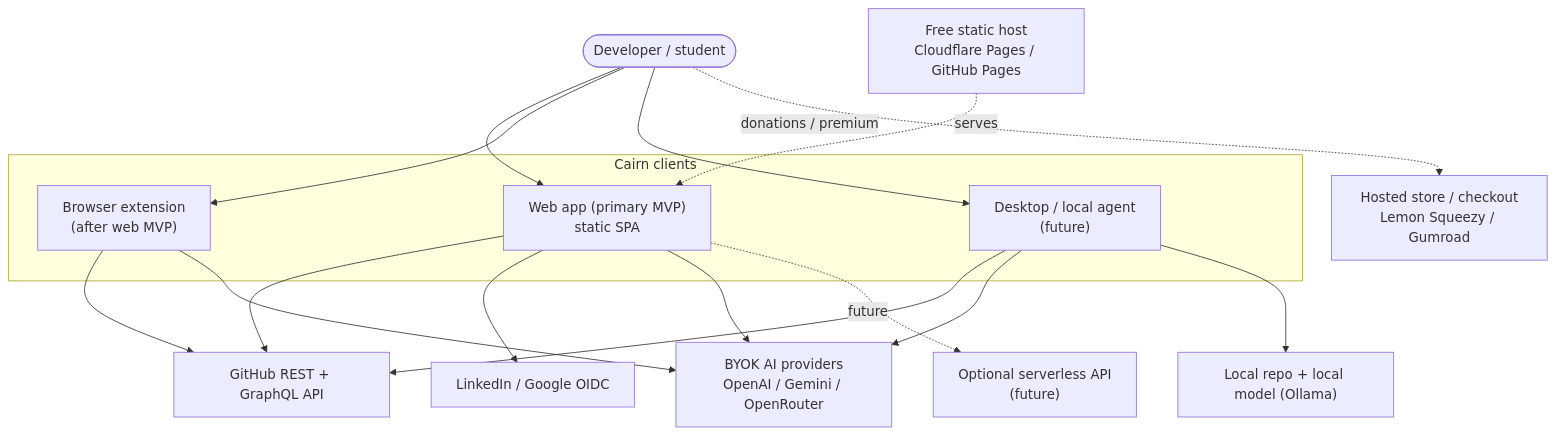
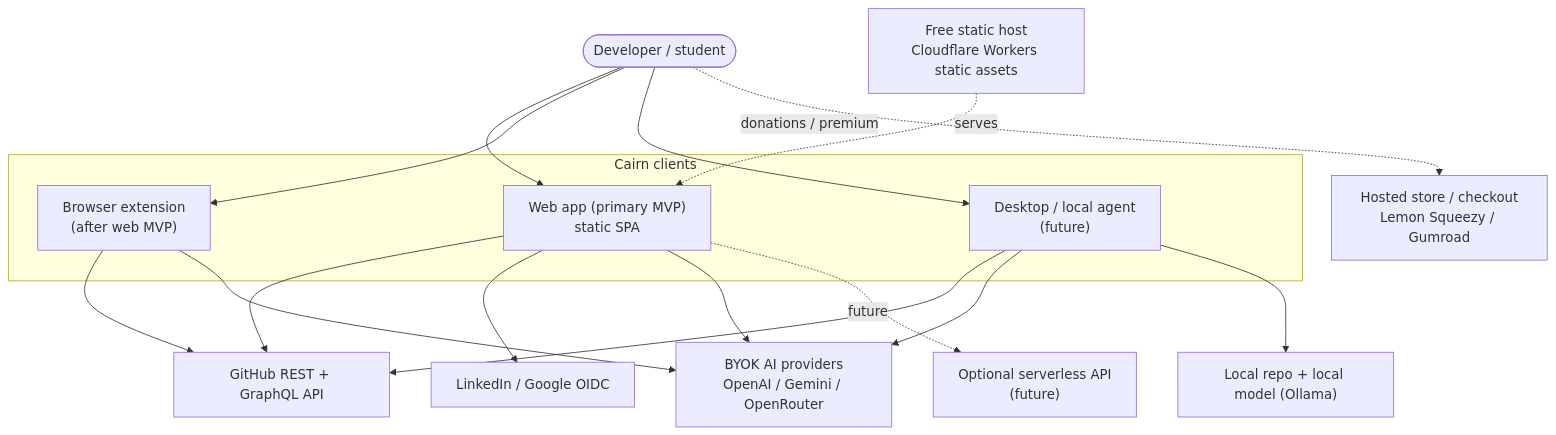
The first of 7 diagrams in ARCHITECTURE.md (MahmoudNasserGouda/cairn), drawn with Mermaid before and after one commit. The commit also changed other lines of this file and 7 other files, not shown here.

First line of the commit message:
ci(deploy): drop GitHub Pages mirror; add solo/team branch-protection modes

````diff
--- a/ARCHITECTURE.md
+++ b/ARCHITECTURE.md
@@ -44,26 +44,26 @@
 ```mermaid
 flowchart TB
     User([Developer / student])
 
     subgraph Clients["Cairn clients"]
         Web["Web app (primary MVP)<br/>static SPA"]
         Ext["Browser extension<br/>(after web MVP)"]
         Desktop["Desktop / local agent<br/>(future)"]
     end
 
-    Host["Free static host<br/>Cloudflare Pages / GitHub Pages"]
+    Host["Free static host<br/>Cloudflare Workers static assets"]
     GH["GitHub REST + GraphQL API"]
     LI["LinkedIn / Google OIDC"]
     AI["BYOK AI providers<br/>OpenAI / Gemini / OpenRouter"]
     Store["Hosted store / checkout<br/>Lemon Squeezy / Gumroad"]
     Serverless["Optional serverless API<br/>(future)"]
 
     User --> Web & Ext & Desktop
     Host -. serves .-> Web
     Web --> GH & LI & AI
     Ext --> GH & AI
     Desktop --> GH & AI
     Desktop --> Local["Local repo + local model (Ollama)"]
     User -. donations / premium .-> Store
     Web -. future .-> Serverless
 ```
````
